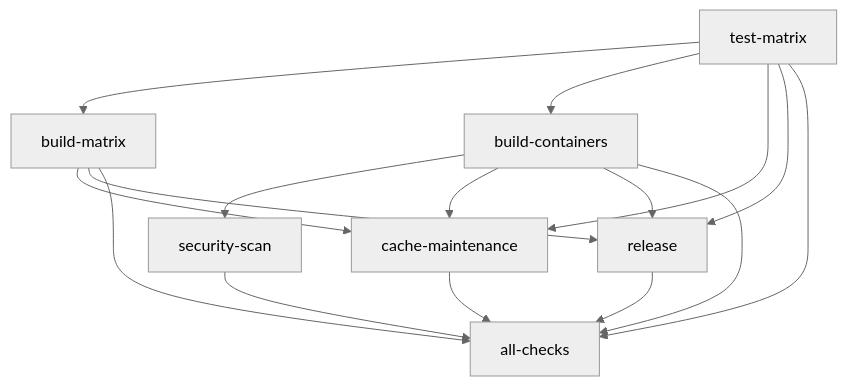
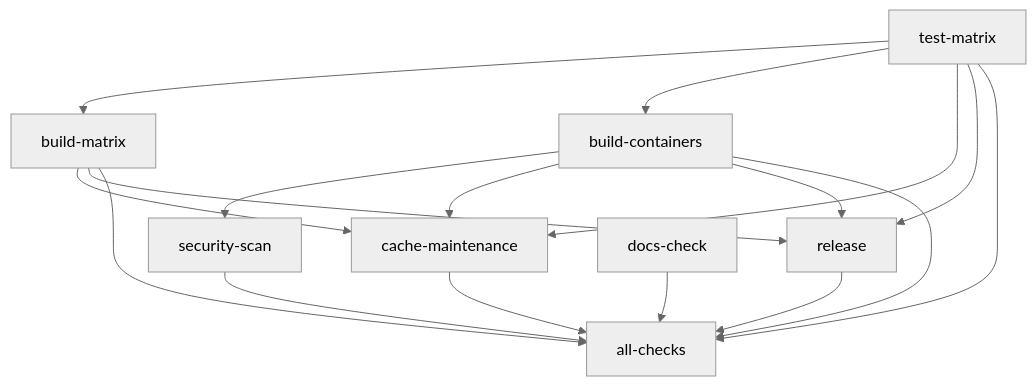
The diagram in docs/ci/architecture.md (DominicBurkart/nanna-coder), drawn with Mermaid (neutral theme) before and after one commit. The commit also changed other lines of this file and 2 other files, not shown here.

First line of the commit message:
docs(ci): document ci-integration.yml and codecov-guard.yml; reflect docs-check landed

````diff
--- a/docs/ci/architecture.md
+++ b/docs/ci/architecture.md
@@ -37,18 +39,19 @@
 ```mermaid
 graph TD
     test-matrix --> build-matrix
     test-matrix --> build-containers
     build-containers --> security-scan
     test-matrix --> cache-maintenance
     build-matrix --> cache-maintenance
     build-containers --> cache-maintenance
     test-matrix --> release
     build-matrix --> release
     build-containers --> release
     test-matrix --> all-checks
     build-matrix --> all-checks
     build-containers --> all-checks
     security-scan --> all-checks
     cache-maintenance --> all-checks
     release --> all-checks
+    docs-check --> all-checks
 ```
````
